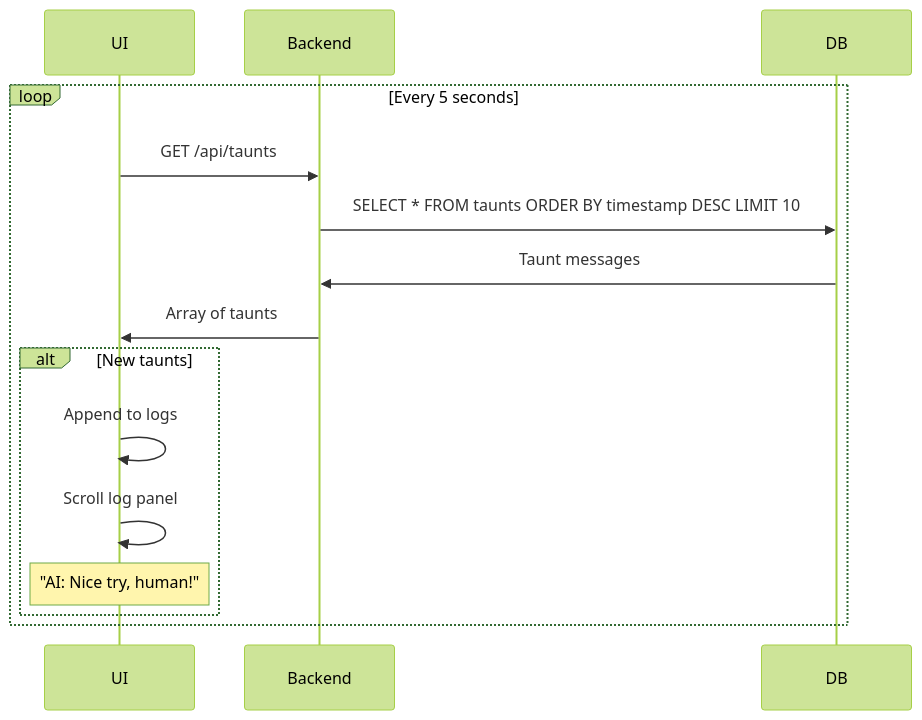
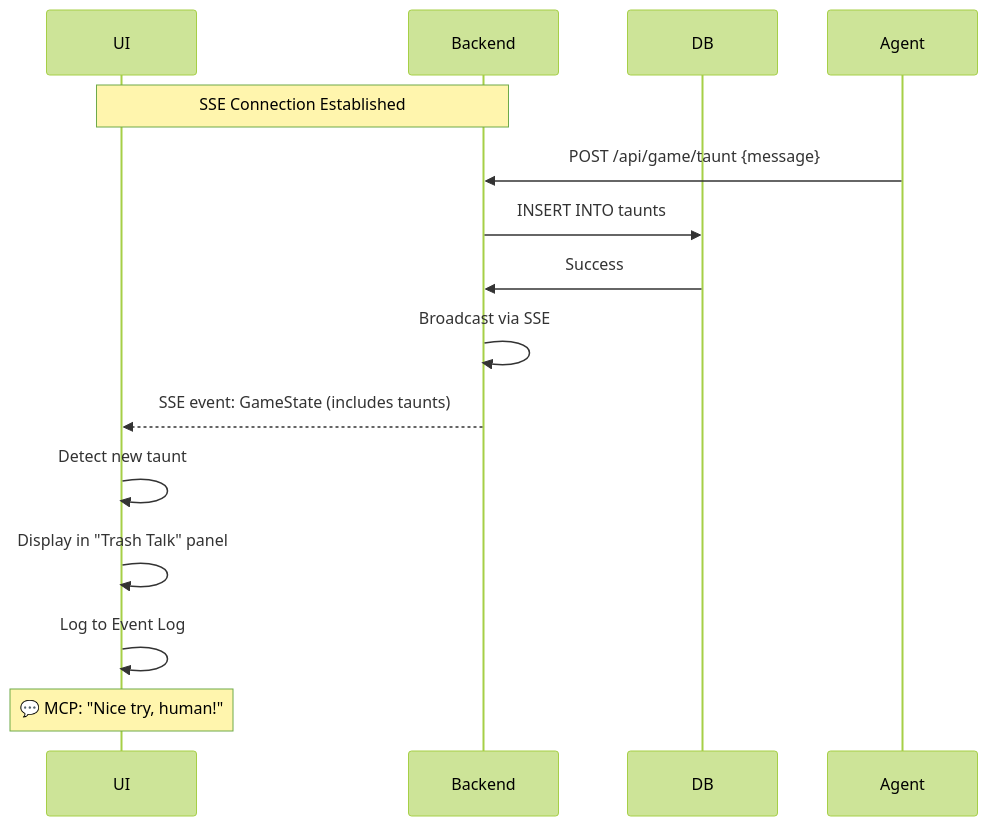
One commit to softwarewrighter/game-mcp-poc changed the fifth of 16 diagrams in wiki/Data-Flow.md. Above: the diagram before and after it, drawn with Mermaid (forest theme). The commit also changed other lines of this file and 3 other files, not shown here.

First line of the commit message:
feat: Add taunt display panel and update wiki for SSE

````diff
--- a/wiki/Data-Flow.md
+++ b/wiki/Data-Flow.md
@@ -169,19 +169,19 @@
 ```mermaid
 sequenceDiagram
     participant UI
     participant Backend
     participant DB
+    participant Agent
 
-    loop Every 5 seconds
-        UI->>Backend: GET /api/taunts
-        Backend->>DB: SELECT * FROM taunts ORDER BY timestamp DESC LIMIT 10
-        DB->>Backend: Taunt messages
-        Backend->>UI: Array of taunts
+    Note over UI,Backend: SSE Connection Established
 
-        alt New taunts
-            UI->>UI: Append to logs
-            UI->>UI: Scroll log panel
-            Note over UI: "AI: Nice try, human!"
-        end
-    end
+    Agent->>Backend: POST /api/game/taunt {message}
+    Backend->>DB: INSERT INTO taunts
+    DB->>Backend: Success
+    Backend->>Backend: Broadcast via SSE
+    Backend-->>UI: SSE event: GameState (includes taunts)
+    UI->>UI: Detect new taunt
+    UI->>UI: Display in "Trash Talk" panel
+    UI->>UI: Log to Event Log
+    Note over UI: 💬 MCP: "Nice try, human!"
 ```
````
